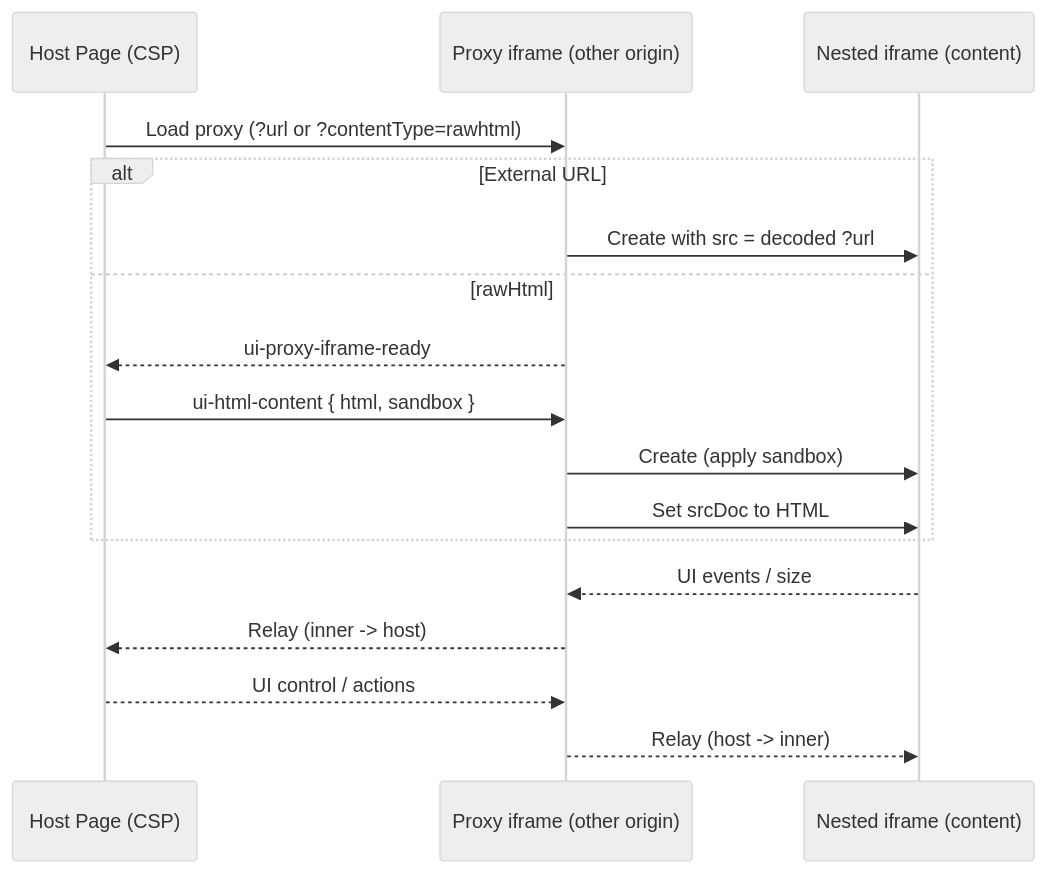
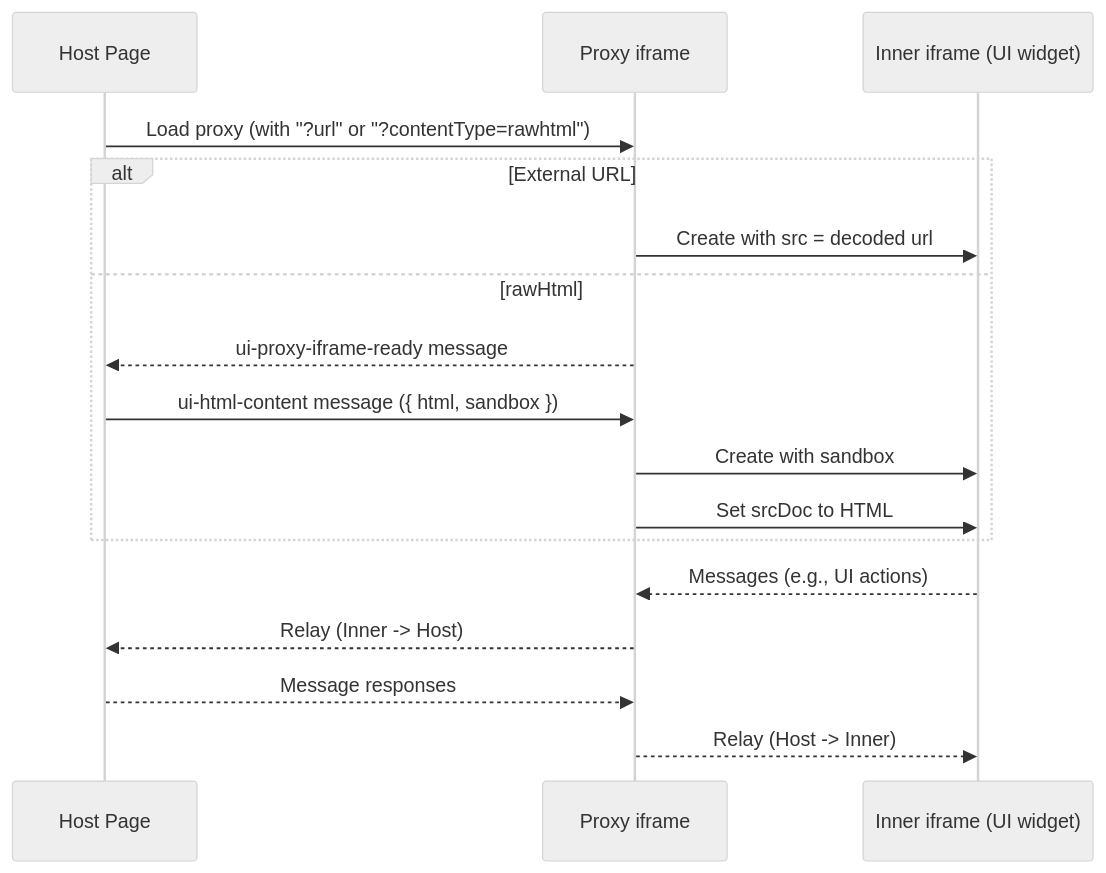
The diagram in docs/src/guide/client/using-a-proxy.md (idosal/mcp-ui), drawn with Mermaid (neutral theme) before and after one commit. The commit also changed other lines of this file, not shown here.

````diff
--- a/docs/src/guide/client/using-a-proxy.md
+++ b/docs/src/guide/client/using-a-proxy.md
@@ -52,19 +36,19 @@
 ```mermaid
 sequenceDiagram
-  participant Host as Host Page (CSP)
-  participant Proxy as Proxy iframe (other origin)
-  participant Inner as Nested iframe (content)
-  Host->>Proxy: Load proxy (?url or ?contentType=rawhtml)
+  participant Host as Host Page
+  participant Proxy as Proxy iframe
+  participant Inner as Inner iframe (UI widget)
+  Host->>Proxy: Load proxy (with "?url" or "?contentType=rawhtml")
   alt External URL
-    Proxy->>Inner: Create with src = decoded ?url
+    Proxy->>Inner: Create with src = decoded url
   else rawHtml
-    Proxy-->>Host: ui-proxy-iframe-ready
-    Host->>Proxy: ui-html-content { html, sandbox }
-    Proxy->>Inner: Create (apply sandbox)
+    Proxy-->>Host: ui-proxy-iframe-ready message
+    Host->>Proxy: ui-html-content message ({ html, sandbox })
+    Proxy->>Inner: Create with sandbox
     Proxy->>Inner: Set srcDoc to HTML
   end
-  Inner-->>Proxy: UI events / size
-  Proxy-->>Host: Relay (inner -> host)
-  Host-->>Proxy: UI control / actions
-  Proxy-->>Inner: Relay (host -> inner)
+  Inner-->>Proxy: Messages (e.g., UI actions)
+  Proxy-->>Host: Relay (Inner -> Host)
+  Host-->>Proxy: Message responses
+  Proxy-->>Inner: Relay (Host -> Inner)
 ```
````
